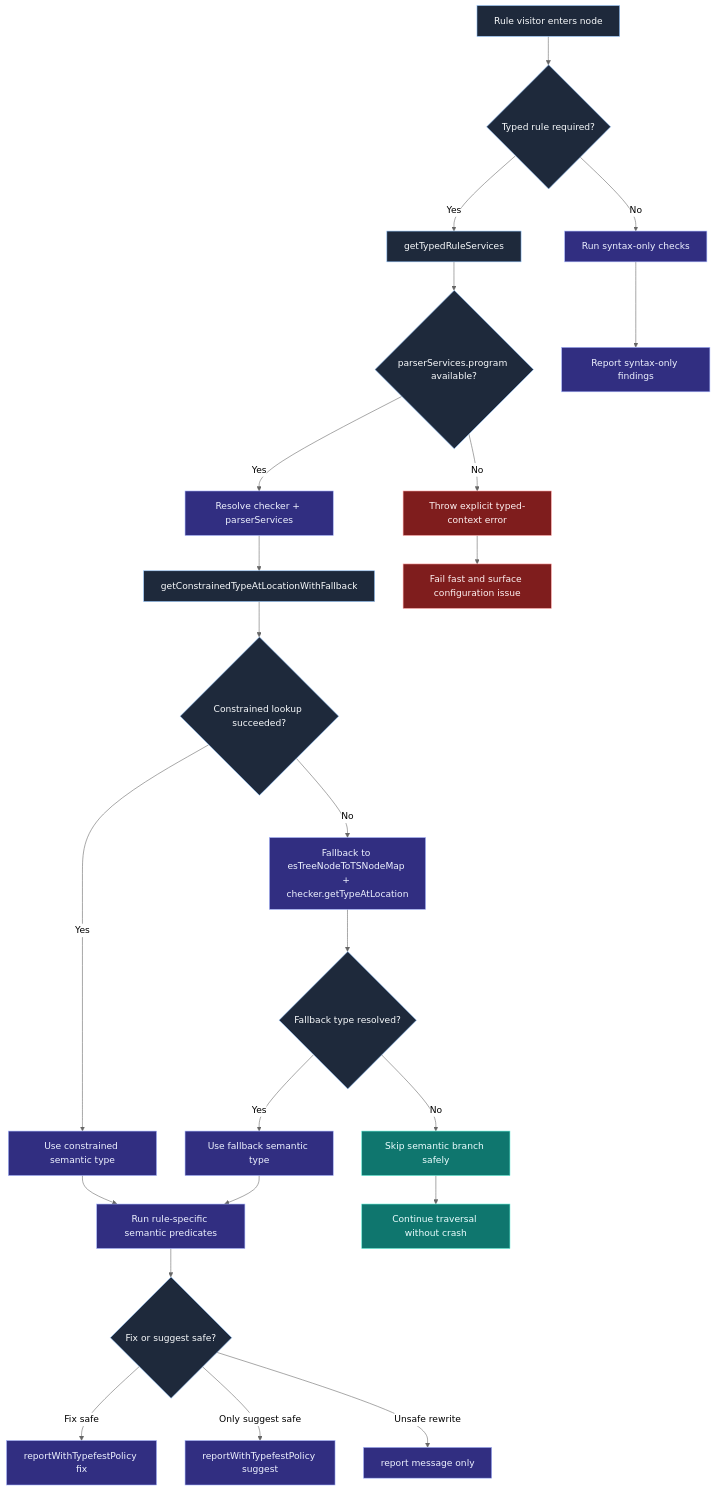
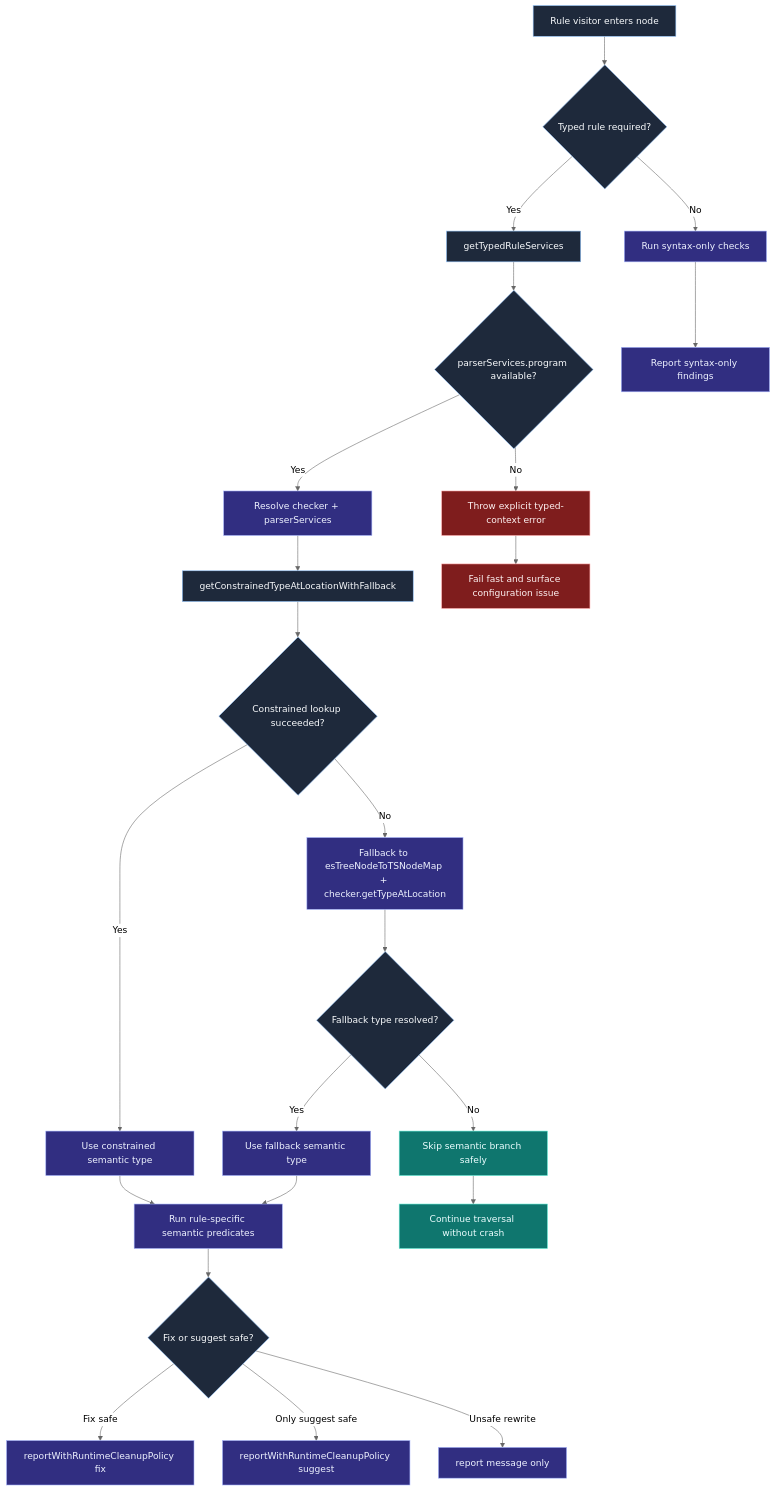
One commit to Nick2bad4u/eslint-plugin-runtime-cleanup changed the diagram in docs/docusaurus/site-docs/developer/charts/typed-rule-semantic-analysis-flow.md. Above: the diagram before and after it, drawn with Mermaid (neutral theme). The commit also changed 814 other files, not shown here.

````diff
--- a/docs/docusaurus/site-docs/developer/charts/typed-rule-semantic-analysis-flow.md
+++ b/docs/docusaurus/site-docs/developer/charts/typed-rule-semantic-analysis-flow.md
@@ -11,40 +11,40 @@
 ```mermaid
 flowchart TD
     classDef entry fill:#1e293b,stroke:#93c5fd,color:#f8fafc,stroke-width:1px
     classDef guard fill:#0f766e,stroke:#5eead4,color:#ecfeff,stroke-width:1px
     classDef fail fill:#7f1d1d,stroke:#fca5a5,color:#fef2f2,stroke-width:1px
     classDef path fill:#312e81,stroke:#a5b4fc,color:#eef2ff,stroke-width:1px
 
     A[Rule visitor enters node] --> B{Typed rule required?}
     B -->|No| C[Run syntax-only checks]
     B -->|Yes| D[getTypedRuleServices]
 
     D --> E{parserServices.program available?}
     E -->|No| F[Throw explicit typed-context error]
     E -->|Yes| G[Resolve checker + parserServices]
 
     G --> H[getConstrainedTypeAtLocationWithFallback]
     H --> I{Constrained lookup succeeded?}
     I -->|Yes| J[Use constrained semantic type]
     I -->|No| K[Fallback to esTreeNodeToTSNodeMap + checker.getTypeAtLocation]
 
     K --> L{Fallback type resolved?}
     L -->|No| M[Skip semantic branch safely]
     L -->|Yes| N[Use fallback semantic type]
 
     J --> O[Run rule-specific semantic predicates]
     N --> O
     C --> P[Report syntax-only findings]
     O --> Q{Fix or suggest safe?}
-    Q -->|Fix safe| R[reportWithTypefestPolicy fix]
-    Q -->|Only suggest safe| S[reportWithTypefestPolicy suggest]
+    Q -->|Fix safe| R[reportWithRuntimeCleanupPolicy fix]
+    Q -->|Only suggest safe| S[reportWithRuntimeCleanupPolicy suggest]
     Q -->|Unsafe rewrite| T[report message only]
 
     F --> U[Fail fast and surface configuration issue]
     M --> V[Continue traversal without crash]
 
     class A,B,D,E,H,I,L,Q entry
     class C,G,J,K,N,O,P,R,S,T path
     class M,V guard
     class F,U fail
 ```
````
